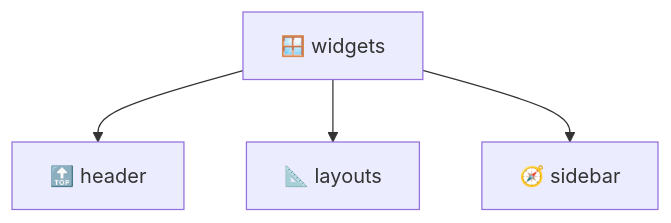
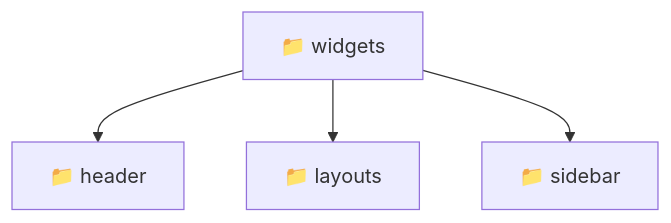
Before and after one commit to beginwebdev2002/fullstack-mavluda: the diagram in frontend/src/widgets/README.md, drawn with Mermaid. The commit also changed other lines of this file and 155 other files, not shown here.

````diff
--- a/frontend/src/widgets/README.md
+++ b/frontend/src/widgets/README.md
@@ -9,7 +11,7 @@
 ```mermaid
 graph TD
-  widgets[🪟 widgets]
-  widgets --> header[🔝 header]
-  widgets --> layouts[📐 layouts]
-  widgets --> sidebar[🧭 sidebar]
+  widgets[📁 widgets]
+  widgets --> widgets_header[📁 header]
+  widgets --> widgets_layouts[📁 layouts]
+  widgets --> widgets_sidebar[📁 sidebar]
 ```
````
